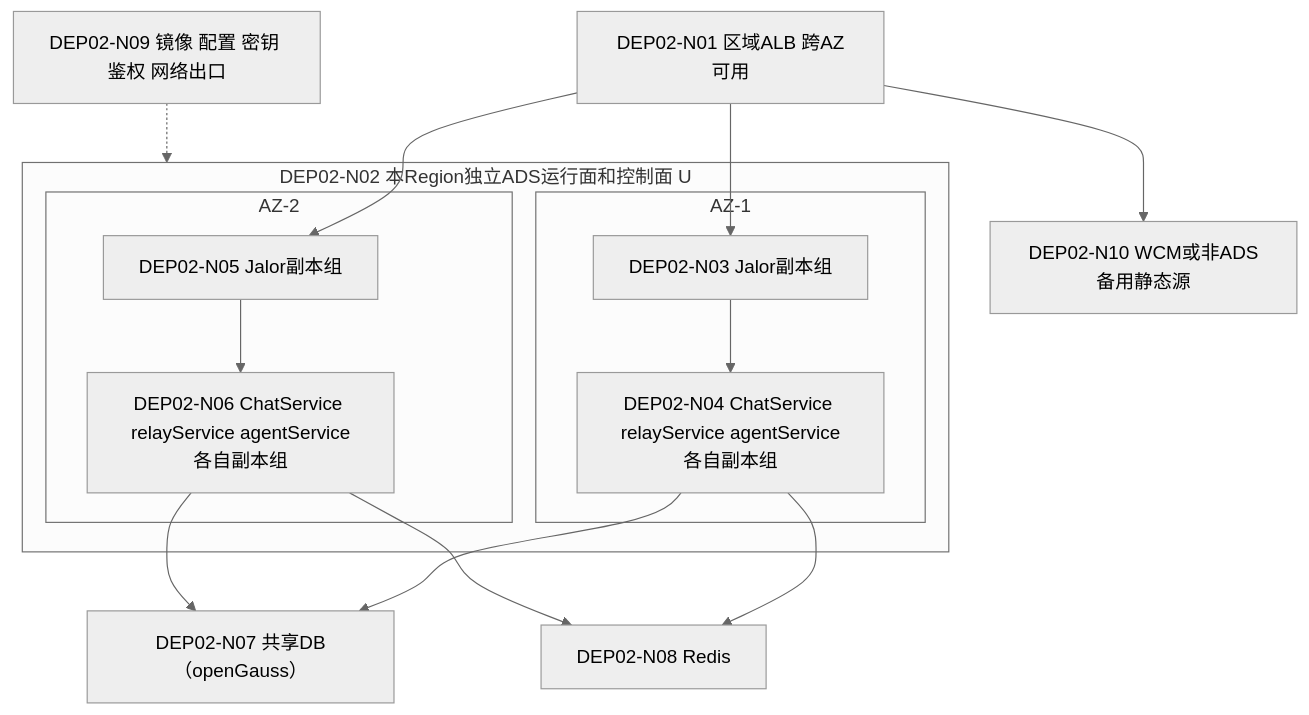
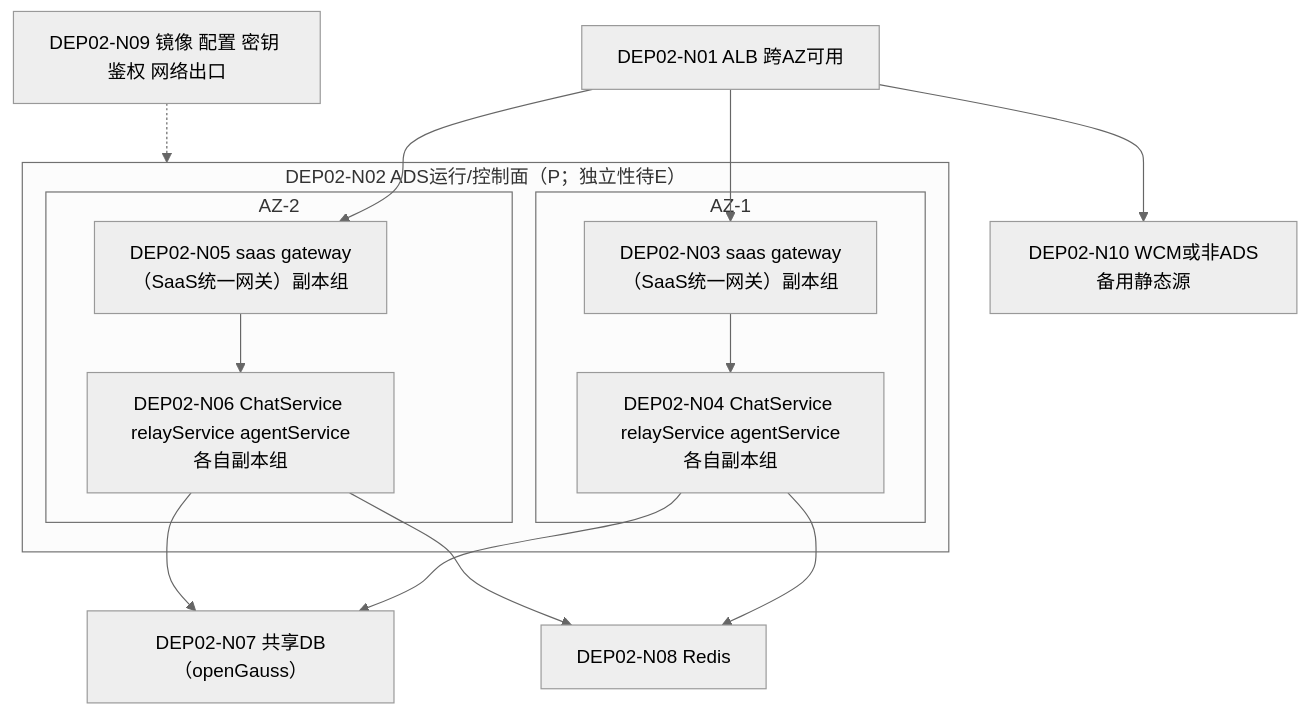
The third of 7 diagrams in docs/architecture/high-availability/deployment.md (kunben-duck/exweb), drawn with Mermaid (neutral theme) before and after one commit. The commit also changed other lines of this file and 8 other files, not shown here.

````diff
--- a/docs/architecture/high-availability/deployment.md
+++ b/docs/architecture/high-availability/deployment.md
@@ -137,24 +142,24 @@
 ```mermaid
 flowchart TB
-    entry["DEP02-N01 区域ALB 跨AZ可用"]
-    subgraph regionalAds["DEP02-N02 本Region独立ADS运行面和控制面 U"]
+    entry["DEP02-N01 ALB 跨AZ可用"]
+    subgraph regionalAds["DEP02-N02 ADS运行/控制面（P；独立性待E）"]
         subgraph azOne["AZ-1"]
-            jalorOne["DEP02-N03 Jalor副本组"]
+            gatewayOne["DEP02-N03 saas gateway<br/>（SaaS统一网关）副本组"]
             servicesOne["DEP02-N04 ChatService relayService agentService各自副本组"]
-            jalorOne --> servicesOne
+            gatewayOne --> servicesOne
         end
         subgraph azTwo["AZ-2"]
-            jalorTwo["DEP02-N05 Jalor副本组"]
+            gatewayTwo["DEP02-N05 saas gateway<br/>（SaaS统一网关）副本组"]
             servicesTwo["DEP02-N06 ChatService relayService agentService各自副本组"]
-            jalorTwo --> servicesTwo
+            gatewayTwo --> servicesTwo
         end
     end
-    entry --> jalorOne
-    entry --> jalorTwo
+    entry --> gatewayOne
+    entry --> gatewayTwo
     servicesOne --> db["DEP02-N07 共享DB（openGauss）"]
     servicesTwo --> db
     servicesOne --> redis["DEP02-N08 Redis"]
     servicesTwo --> redis
     dependencies["DEP02-N09 镜像 配置 密钥 鉴权 网络出口"] -.-> regionalAds
     entry --> staticSource["DEP02-N10 WCM或非ADS备用静态源"]
 ```
````
